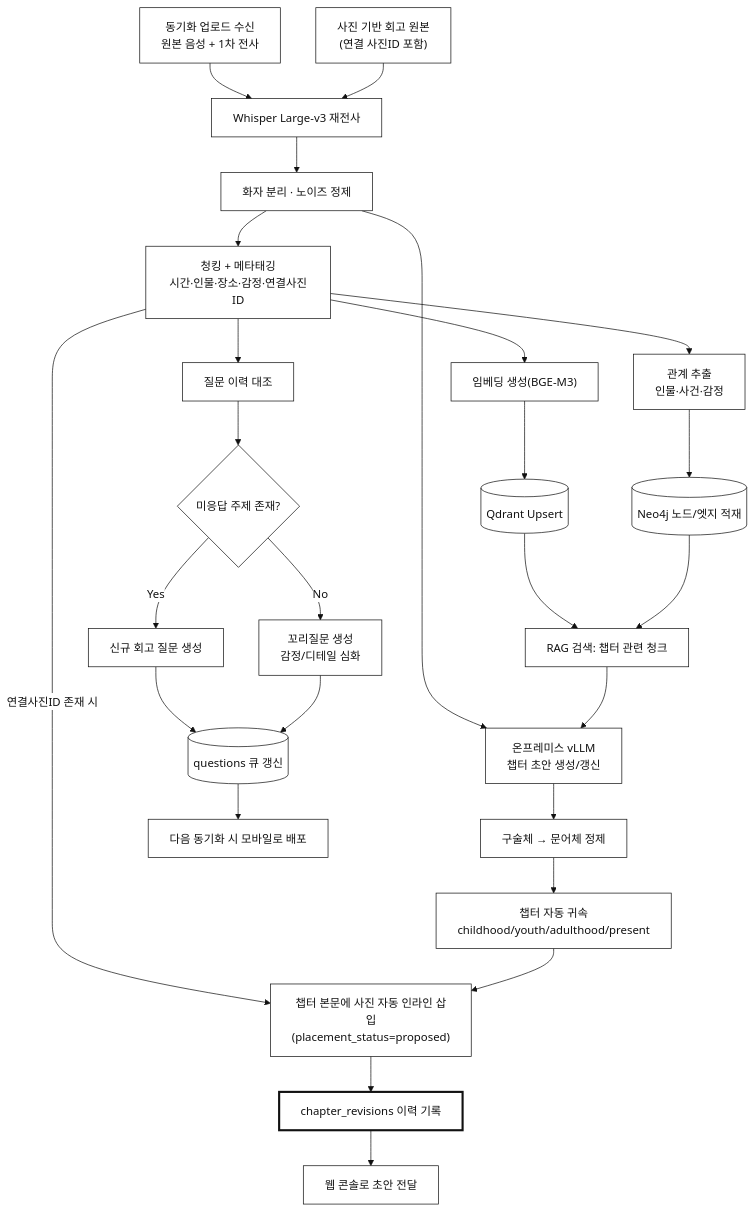
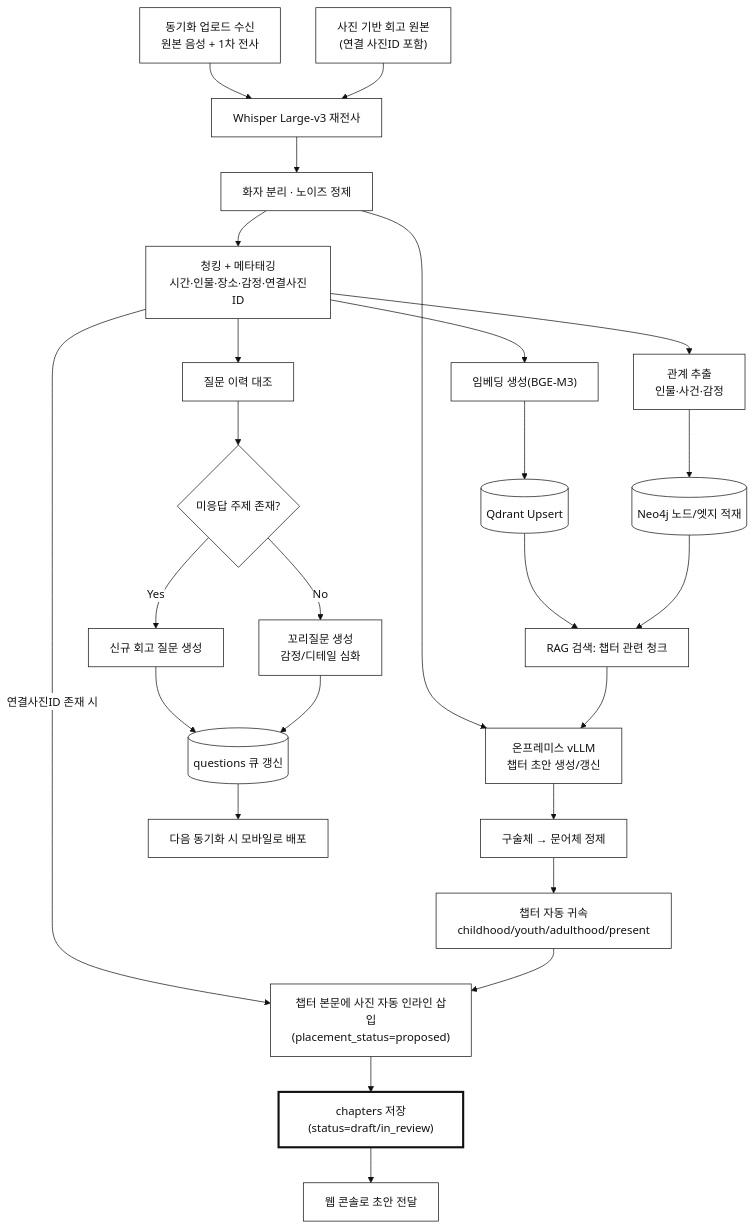
Before and after one commit to boheni07/SilverYarn: the fifth of 21 diagrams in docs/02-design/workflow-diagrams.md, drawn with Mermaid. The commit also changed other lines of this file and 19 other files, not shown here.

````diff
--- a/docs/02-design/workflow-diagrams.md
+++ b/docs/02-design/workflow-diagrams.md
@@ -186,29 +192,29 @@
 ```mermaid
 %%{init: {'theme':'base', 'themeVariables': {'primaryColor':'#ffffff','primaryTextColor':'#111111','primaryBorderColor':'#111111','lineColor':'#111111','background':'#ffffff','mainBkg':'#ffffff','textColor':'#111111','edgeLabelBackground':'#ffffff'}}}%%
 flowchart TD
     A["동기화 업로드 수신<br/>원본 음성 + 1차 전사"] --> B["Whisper Large-v3 재전사"]
     PH["사진 기반 회고 원본<br/>(연결 사진ID 포함)"] --> B
     B --> C["화자 분리 · 노이즈 정제"]
     C --> D["청킹 + 메타태깅<br/>시간·인물·장소·감정·연결사진ID"]
     D --> E["임베딩 생성(BGE-M3)"] --> VDB[("Qdrant Upsert")]
     D --> KG["관계 추출<br/>인물·사건·감정"] --> GRAPH[("Neo4j 노드/엣지 적재")]
     D --> G["질문 이력 대조"]
     G --> H{"미응답 주제 존재?"}
     H -- "Yes" --> I["신규 회고 질문 생성"]
     H -- "No" --> J["꼬리질문 생성<br/>감정/디테일 심화"]
     I --> QQ[("questions 큐 갱신")]
     J --> QQ
     VDB --> L["RAG 검색: 챕터 관련 청크"]
     GRAPH --> L
     C --> M["온프레미스 vLLM<br/>챕터 초안 생성/갱신"]
     L --> M
     M --> N["구술체 → 문어체 정제"]
     N --> O["챕터 자동 귀속<br/>childhood/youth/adulthood/present"]
     D -- "연결사진ID 존재 시" --> O2["챕터 본문에 사진 자동 인라인 삽입<br/>(placement_status=proposed)"]
     O --> O2
-    O2 --> CR["chapter_revisions 이력 기록"]:::strong
-    CR --> P["웹 콘솔로 초안 전달"]
+    O2 --> DRAFT["chapters 저장(status=draft/in_review)"]:::strong
+    DRAFT --> P["웹 콘솔로 초안 전달"]
     QQ --> Q["다음 동기화 시 모바일로 배포"]
 
     classDef strong fill:#ffffff,color:#111111,stroke:#111111,stroke-width:3px;
 ```
````
